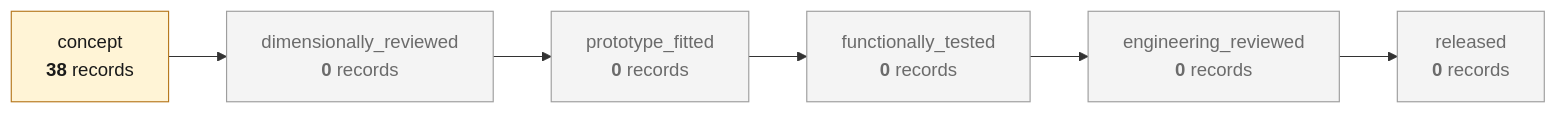
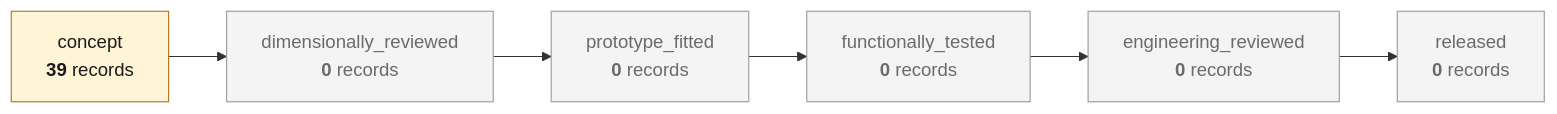
Before and after one commit to cluster2600/porscheparts: the third of 4 diagrams in README.md, drawn with Mermaid. The commit also changed other lines of this file and 16 other files, not shown here.

````diff
--- a/README.md
+++ b/README.md
@@ -236,18 +236,18 @@
 ```mermaid
 flowchart LR
-    L0["concept<br/><b>38</b> records"]
+    L0["concept<br/><b>39</b> records"]
     L1["dimensionally_reviewed<br/><b>0</b> records"]
     L2["prototype_fitted<br/><b>0</b> records"]
     L3["functionally_tested<br/><b>0</b> records"]
     L4["engineering_reviewed<br/><b>0</b> records"]
     L5["released<br/><b>0</b> records"]
     L0 --> L1 --> L2 --> L3 --> L4 --> L5
     classDef here fill:#fff4d6,stroke:#b7791f,color:#1a1a1a;
     classDef empty fill:#f4f4f4,stroke:#9e9e9e,color:#6b6b6b;
     class L0 here
     class L1 empty
     class L2 empty
     class L3 empty
     class L4 empty
     class L5 empty
 ```
````
